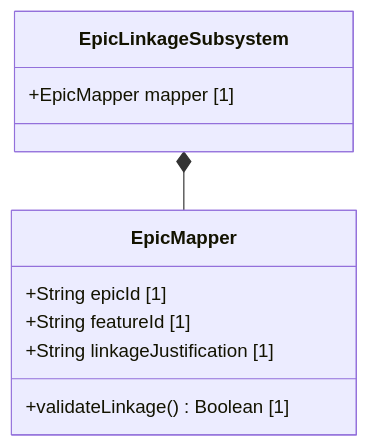
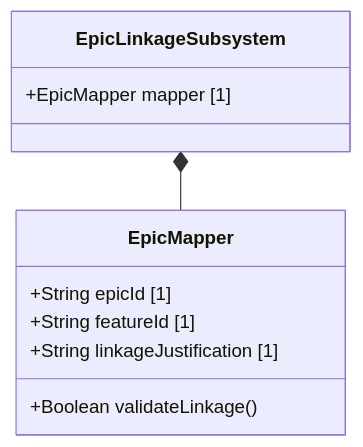
Before and after one commit to gintatkinson/digital-pipeline-repo: the diagram in docs/features/feat-18-parent-epic-linkage.md, drawn with Mermaid. The commit also changed 16 other files, not shown here.

Commit message:
feat: implement fix_mermaid_colons.py and repair existing Mermaid class diagrams

````diff
--- a/docs/features/feat-18-parent-epic-linkage.md
+++ b/docs/features/feat-18-parent-epic-linkage.md
@@ -12,13 +12,13 @@
 ```mermaid
 classDiagram
     class EpicLinkageSubsystem {
         +EpicMapper mapper [1]
     }
     class EpicMapper {
         +String epicId [1]
         +String featureId [1]
         +String linkageJustification [1]
-        +validateLinkage() Boolean [1]
+        +Boolean validateLinkage()
     }
     EpicLinkageSubsystem *-- EpicMapper
 ```
````
